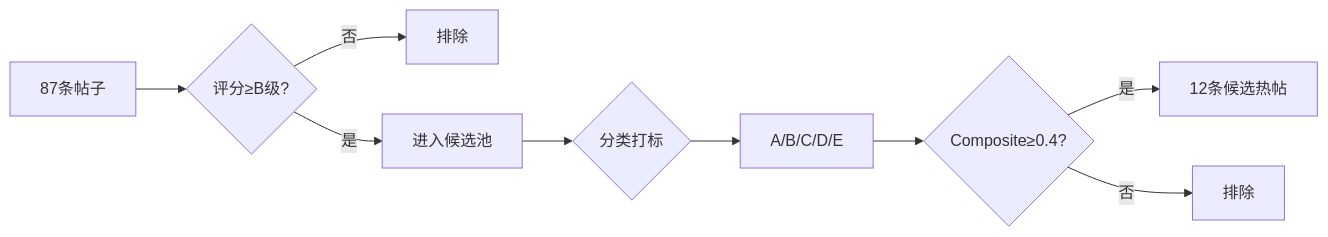
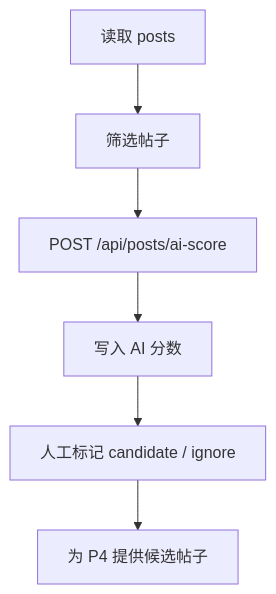
One commit to steven-95271/reddit-ops-web changed the diagram in docs/workflow/p3-analysis.md. Above: the diagram before and after it, drawn with Mermaid. The commit also changed other lines of this file and 8 other files, not shown here.

````diff
--- a/docs/workflow/p3-analysis.md
+++ b/docs/workflow/p3-analysis.md
@@ -189,11 +26,8 @@
-<div class="mermaid">
-flowchart LR
-    A[87条帖子] --> B{评分≥B级?}
-    B -- 否 --> C[排除]
-    B -- 是 --> D[进入候选池]
-    D --> E{分类打标}
-    E --> F[A/B/C/D/E]
-    F --> G{Composite≥0.4?}
-    G -- 是 --> H[12条候选热帖]
-    G -- 否 --> I[排除]
-</div>
+```mermaid
+flowchart TB
+    A["读取 posts"] --> B["筛选帖子"]
+    B --> C["POST /api/posts/ai-score"]
+    C --> D["写入 AI 分数"]
+    D --> E["人工标记 candidate / ignore"]
+    E --> F["为 P4 提供候选帖子"]
+```
````
